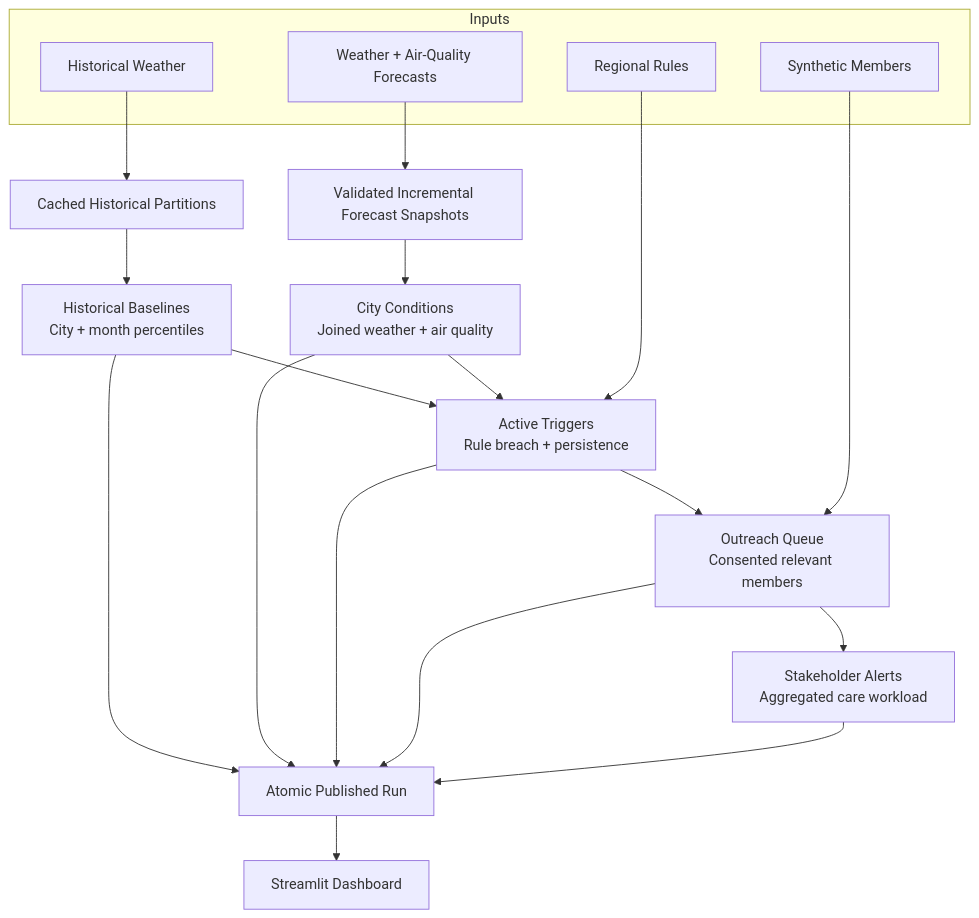
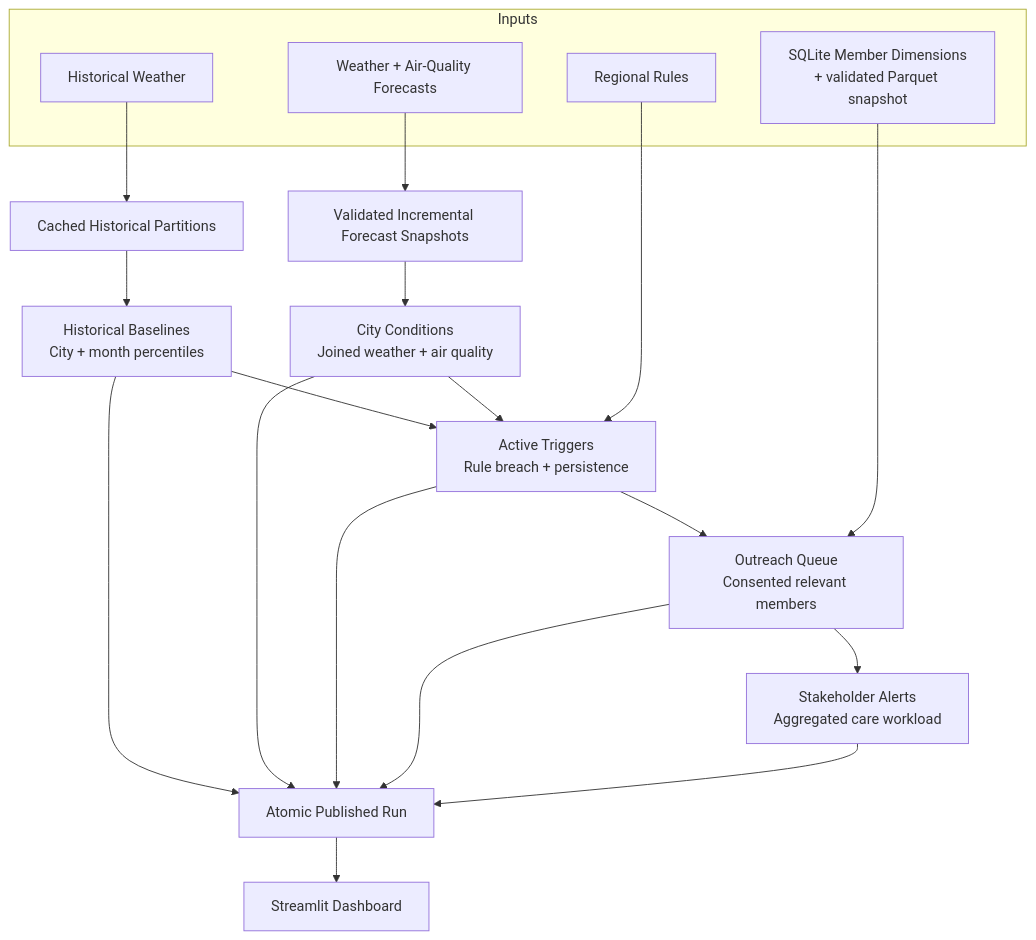
One commit to yasho6o4l999/CareSignalIndia changed the second of 3 diagrams in docs/architecture.md. Above: the diagram before and after it, drawn with Mermaid. The commit also changed other lines of this file and 23 other files, not shown here.

````diff
--- a/docs/architecture.md
+++ b/docs/architecture.md
@@ -45,30 +45,30 @@
 ```mermaid
 flowchart TD
     subgraph Inputs["Inputs"]
         Forecasts["Weather + Air-Quality Forecasts"]
         History["Historical Weather"]
         Rules["Regional Rules"]
-        Members["Synthetic Members"]
+        Members["SQLite Member Dimensions<br/>+ validated Parquet snapshot"]
     end
 
     Forecasts --> RawForecast["Validated Incremental Forecast Snapshots"]
     History --> RawHistory["Cached Historical Partitions"]
 
     RawHistory --> Baselines["Historical Baselines<br/>City + month percentiles"]
     RawForecast --> Conditions["City Conditions<br/>Joined weather + air quality"]
 
     Baselines --> Triggers["Active Triggers<br/>Rule breach + persistence"]
     Conditions --> Triggers
     Rules --> Triggers
 
     Triggers --> Outreach["Outreach Queue<br/>Consented relevant members"]
     Members --> Outreach
     Outreach --> Alerts["Stakeholder Alerts<br/>Aggregated care workload"]
 
     Baselines --> Published["Atomic Published Run"]
     Conditions --> Published
     Triggers --> Published
     Outreach --> Published
     Alerts --> Published
     Published --> Dashboard["Streamlit Dashboard"]
 ```
````
